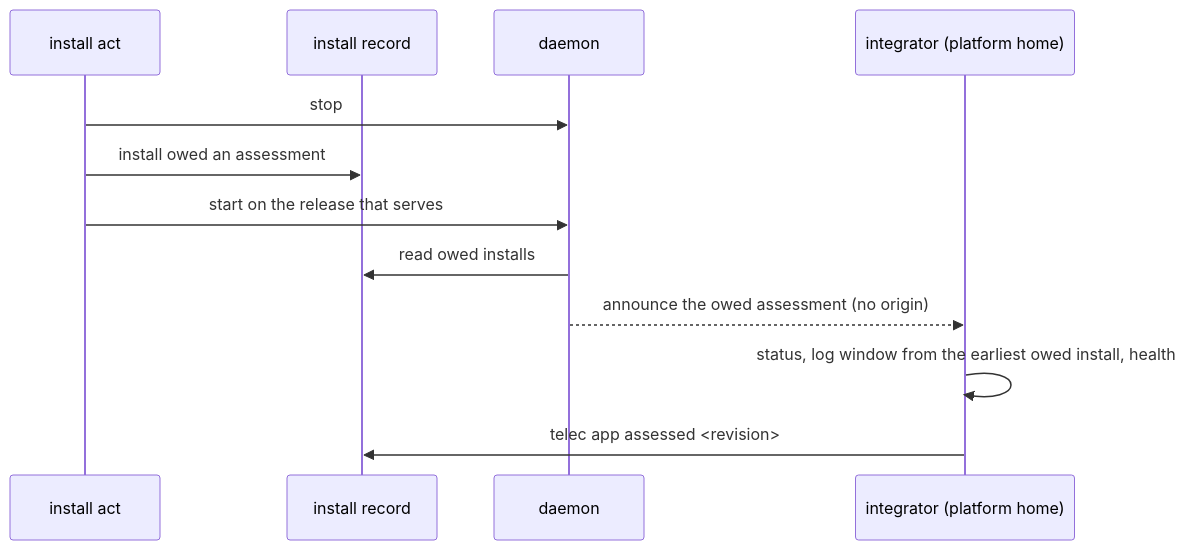
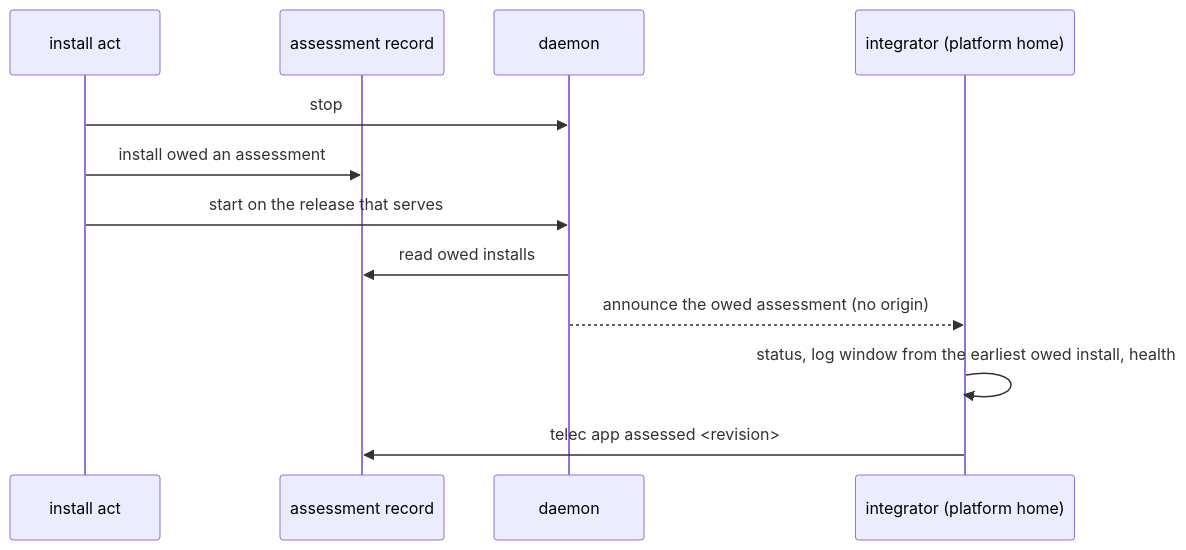
Before and after one commit to InstruktAI/TeleClaude: the third of 3 diagrams in docs/local/design/architecture/installation.md, drawn with Mermaid. The commit also changed other lines of this file and 2 other files, not shown here.

First line of the commit message:
docs(installation): keep owed assessments in their own record beside the install record [skip ci]

````diff
--- a/docs/local/design/architecture/installation.md
+++ b/docs/local/design/architecture/installation.md
@@ -221,14 +222,14 @@
 ```mermaid
 sequenceDiagram
   participant Rec as install act
-  participant IR as install record
+  participant IR as assessment record
   participant D as daemon
   participant I as integrator (platform home)
   Rec->>D: stop
   Rec->>IR: install owed an assessment
   Rec->>D: start on the release that serves
   D->>IR: read owed installs
   D-->>I: announce the owed assessment (no origin)
   I->>I: status, log window from the earliest owed install, health
   I->>IR: telec app assessed <revision>
 ```
````
